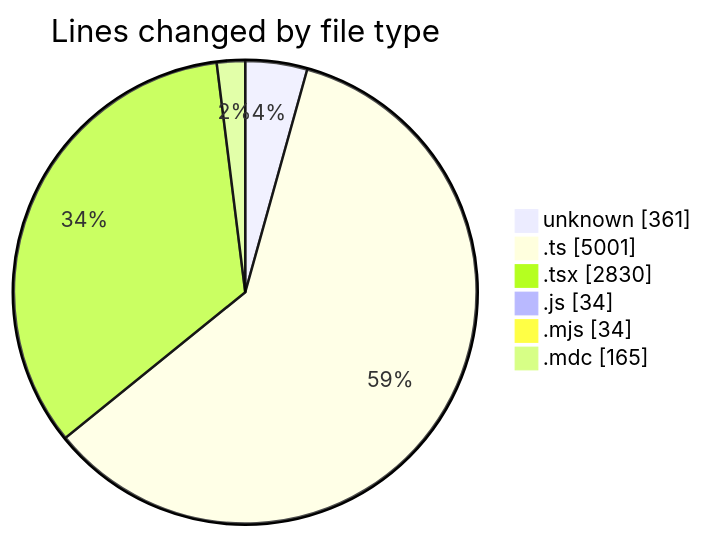
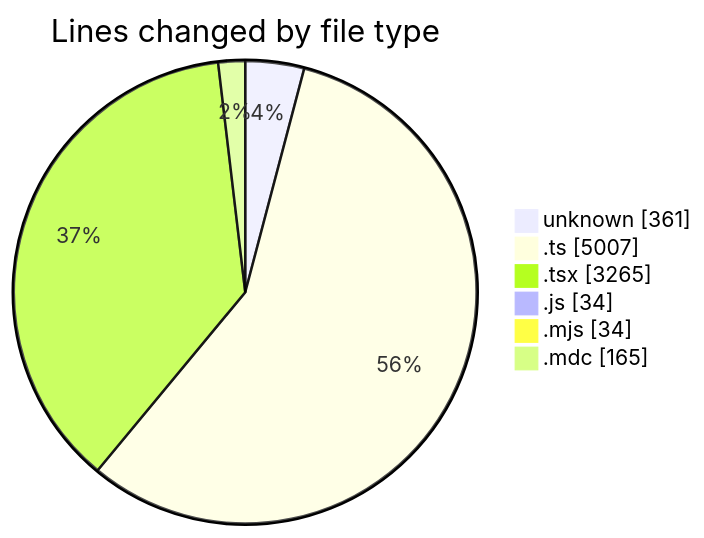
Before and after one commit to CELIANVF/code-tracking: the first of 2 diagrams in 2025-06-13/ecodeli-1/README.md, drawn with Mermaid. The commit also changed other lines of this file and 1 other file, not shown here.

````diff
--- a/2025-06-13/ecodeli-1/README.md
+++ b/2025-06-13/ecodeli-1/README.md
@@ -33,10 +34,10 @@
 ```mermaid
 pie showData
 title Lines changed by file type
 "unknown" : 361
-".ts" : 5001
-".tsx" : 2830
+".ts" : 5007
+".tsx" : 3265
 ".js" : 34
 ".mjs" : 34
 ".mdc" : 165
 ```
````
